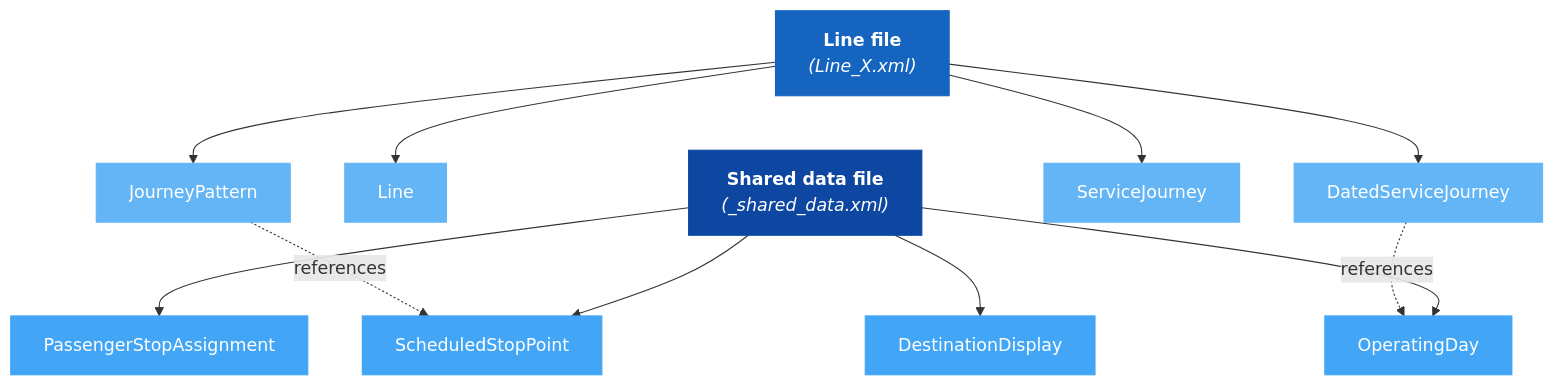
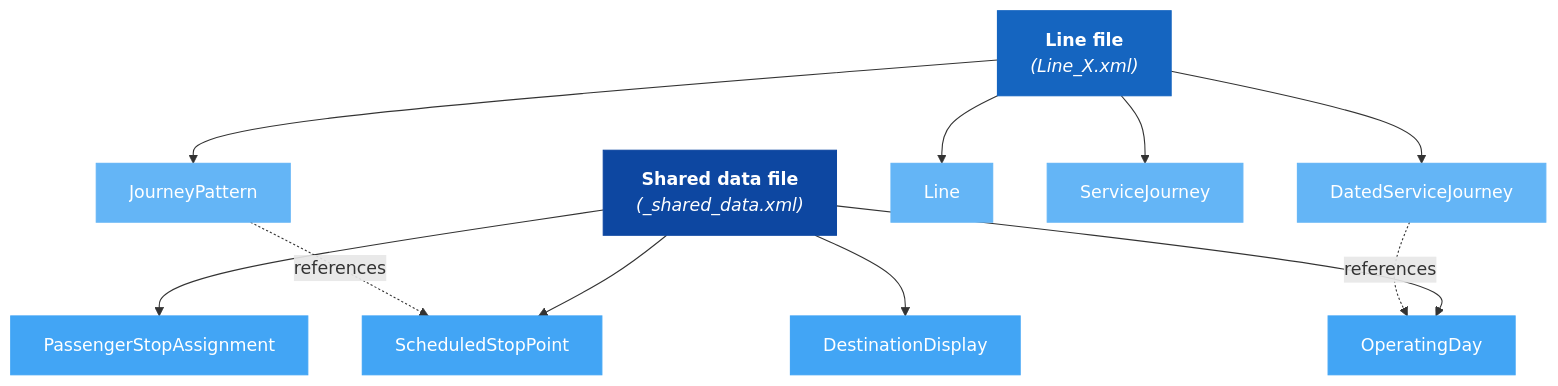
The fifth of 5 diagrams in Guides/HowToBuildATimetable/HowToBuildATimetable_Guide.md (hfjelstad/NeTEx-Nordic), drawn with Mermaid before and after one commit. The commit also changed other lines of this file, not shown here.

Commit message:
Reorder section 9 diagram to reduce arrow crossings

````diff
--- a/Guides/HowToBuildATimetable/HowToBuildATimetable_Guide.md
+++ b/Guides/HowToBuildATimetable/HowToBuildATimetable_Guide.md
@@ -328,29 +328,29 @@
 ```mermaid
 flowchart TD
+    LINE["<b>Line file</b><br/><i>(Line_X.xml)</i>"]
     SHARED["<b>Shared data file</b><br/><i>(_shared_data.xml)</i>"]
-    LINE["<b>Line file</b><br/><i>(Line_X.xml)</i>"]
+
+    LINE --> JP["JourneyPattern"]
+    LINE --> LN["Line"]
+    LINE --> SJ["ServiceJourney"]
+    LINE --> DSJ["DatedServiceJourney"]
 
     SHARED --> SSP["ScheduledStopPoint"]
     SHARED --> PSA["PassengerStopAssignment"]
     SHARED --> DD["DestinationDisplay"]
     SHARED --> OD["OperatingDay"]
-
-    LINE --> LN["Line"]
-    LINE --> JP["JourneyPattern"]
-    LINE --> SJ["ServiceJourney"]
-    LINE --> DSJ["DatedServiceJourney"]
 
     JP -.->|"references"| SSP
     DSJ -.->|"references"| OD
 
     style SHARED fill:#0D47A1,stroke:#0D47A1,color:#fff
     style LINE fill:#1565C0,stroke:#1565C0,color:#fff
     style SSP fill:#42A5F5,stroke:#42A5F5,color:#fff
     style PSA fill:#42A5F5,stroke:#42A5F5,color:#fff
     style DD fill:#42A5F5,stroke:#42A5F5,color:#fff
     style OD fill:#42A5F5,stroke:#42A5F5,color:#fff
     style LN fill:#64B5F6,stroke:#64B5F6,color:#fff
     style JP fill:#64B5F6,stroke:#64B5F6,color:#fff
     style SJ fill:#64B5F6,stroke:#64B5F6,color:#fff
     style DSJ fill:#64B5F6,stroke:#64B5F6,color:#fff
 ```
````
